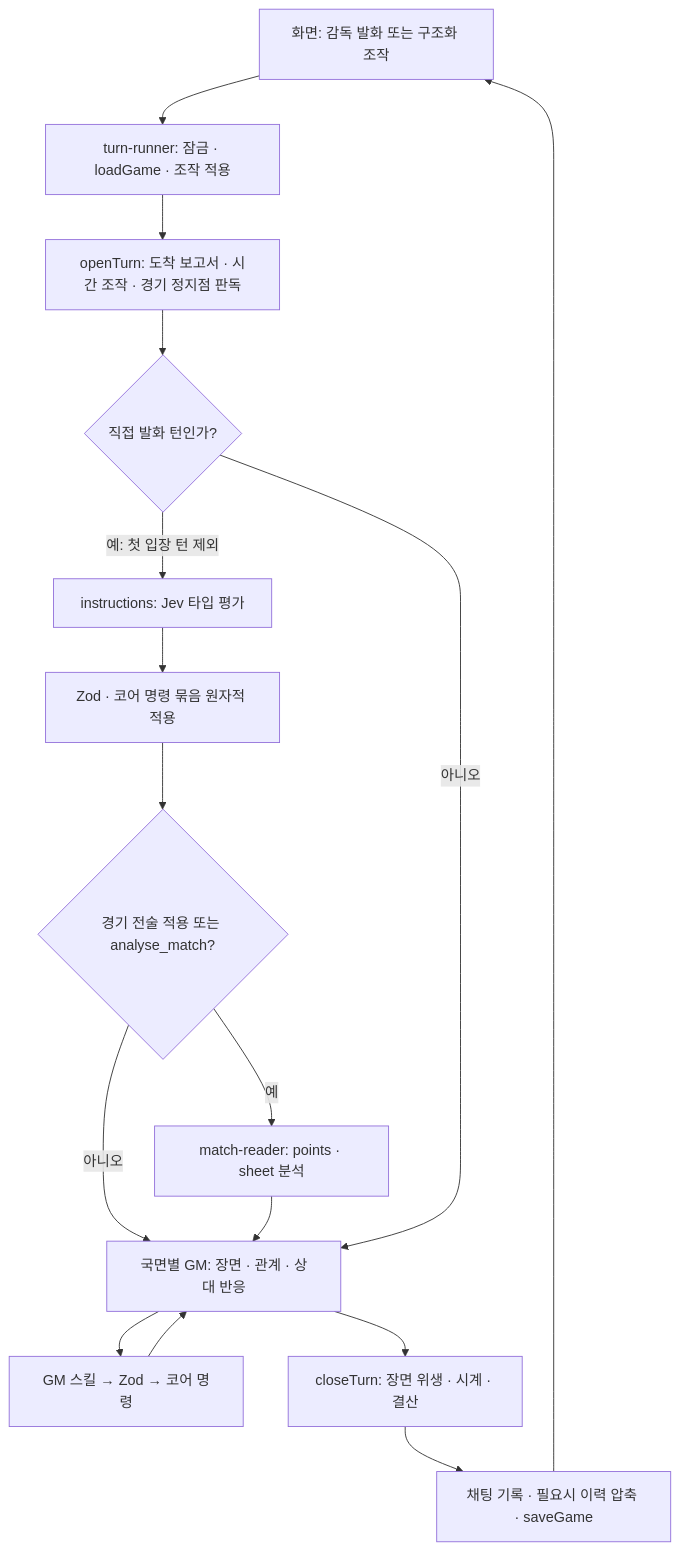
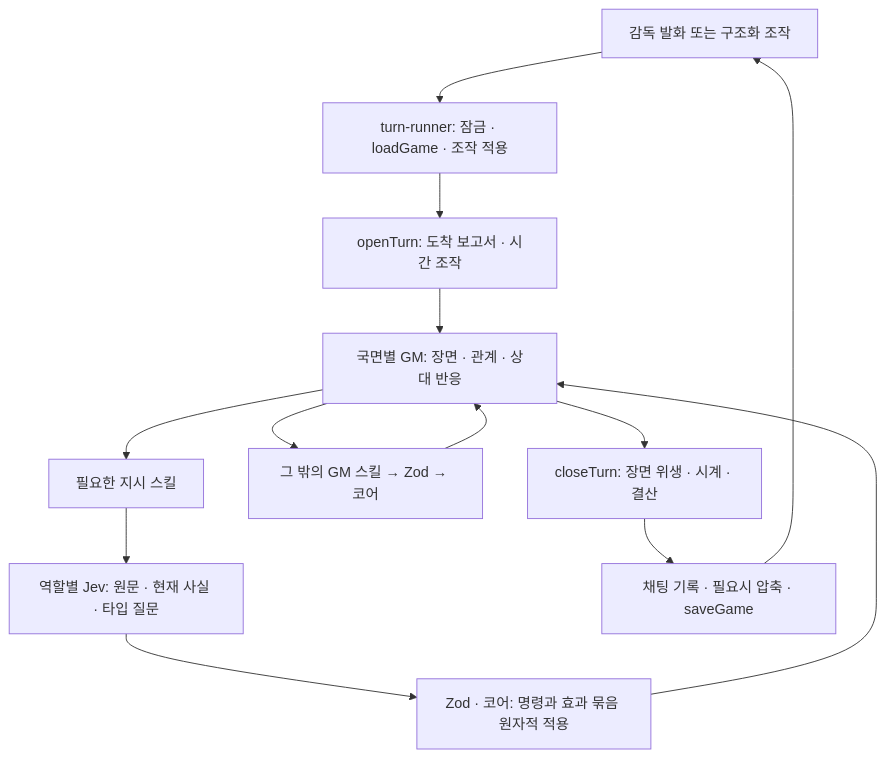
The diagram in docs/common/llm/pipeline.md (dhoonjang/gaffer), drawn with Mermaid before and after one commit. The commit also changed other lines of this file and 8 other files, not shown here.

Commit message:
docs(llm): describe on-demand interpreters and observed match flow

````diff
--- a/docs/common/llm/pipeline.md
+++ b/docs/common/llm/pipeline.md
@@ -13,18 +13,15 @@
 ```mermaid
 flowchart TD
-  UI["화면: 감독 발화 또는 구조화 조작"] --> TR["turn-runner: 잠금 · loadGame · 조작 적용"]
-  TR --> OPEN["openTurn: 도착 보고서 · 시간 조작 · 경기 정지점 판독"]
-  OPEN --> CHECK{"직접 발화 턴인가?"}
-  CHECK -->|"예: 첫 입장 턴 제외"| EVAL["instructions: Jev 타입 평가"]
-  EVAL --> Z["Zod · 코어 명령 묶음 원자적 적용"]
-  Z --> READ{"경기 전술 적용 또는 analyse_match?"}
-  READ -->|예| READER["match-reader: points · sheet 분석"]
-  READ -->|아니오| GM
-  READER --> GM["국면별 GM: 장면 · 관계 · 상대 반응"]
-  CHECK -->|아니오| GM
-  GM --> TOOL["GM 스킬 → Zod → 코어 명령"]
+  UI["감독 발화 또는 구조화 조작"] --> TR["turn-runner: 잠금 · loadGame · 조작 적용"]
+  TR --> OPEN["openTurn: 도착 보고서 · 시간 조작"]
+  OPEN --> GM["국면별 GM: 장면 · 관계 · 상대 반응"]
+  GM --> SKILL["필요한 지시 스킬"]
+  SKILL --> EVAL["역할별 Jev: 원문 · 현재 사실 · 타입 질문"]
+  EVAL --> Z["Zod · 코어: 명령과 효과 묶음 원자적 적용"]
+  Z --> GM
+  GM --> TOOL["그 밖의 GM 스킬 → Zod → 코어"]
   TOOL --> GM
   GM --> CLOSE["closeTurn: 장면 위생 · 시계 · 결산"]
-  CLOSE --> SAVE["채팅 기록 · 필요시 이력 압축 · saveGame"]
+  CLOSE --> SAVE["채팅 기록 · 필요시 압축 · saveGame"]
   SAVE --> UI
 ```
````
